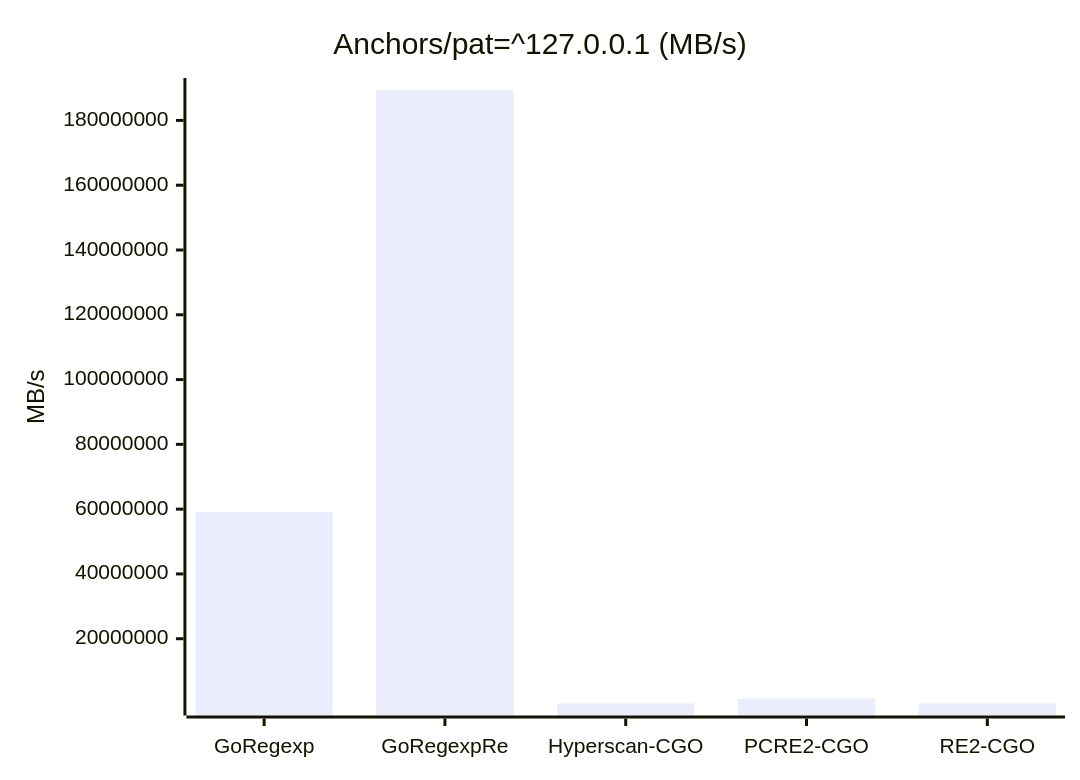
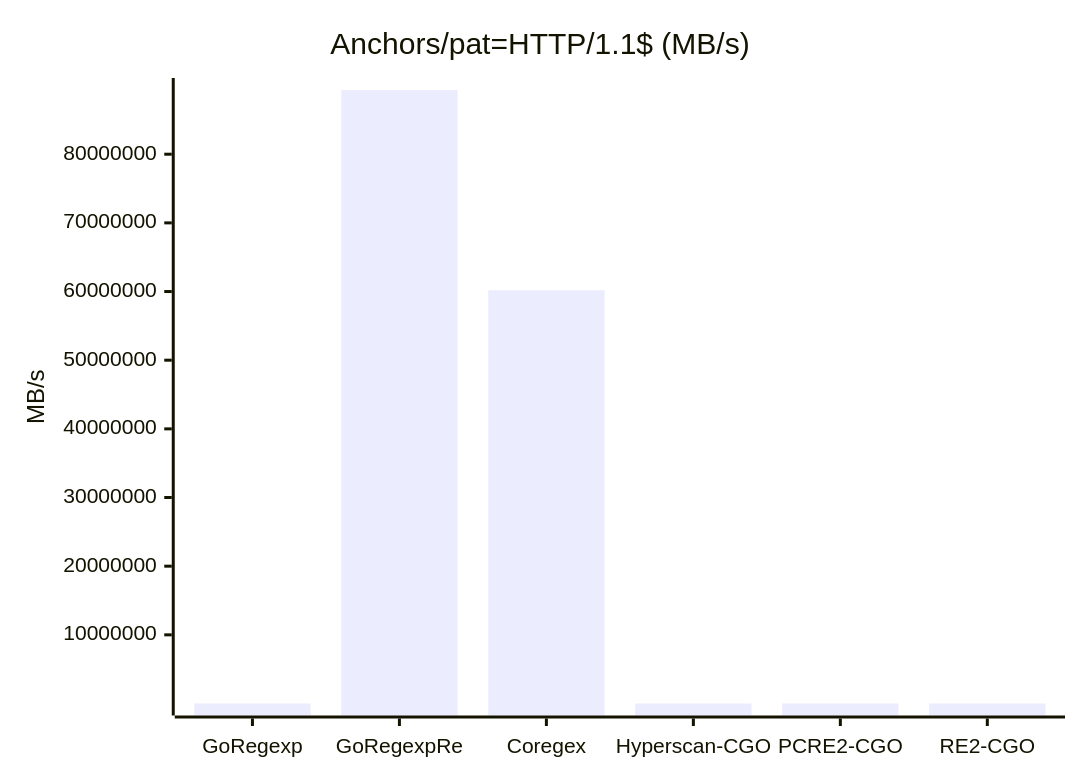
Before and after one commit to kamichidu/go-regexp-re: the third of 47 diagrams in _benchmark_results/cgo_engines.md, drawn with Mermaid. The commit also changed other lines of this file and 3 other files, not shown here.

````diff
--- a/_benchmark_results/cgo_engines.md
+++ b/_benchmark_results/cgo_engines.md
@@ -72,7 +124,7 @@
 ```mermaid
 xychart-beta
-    title "Anchors/pat=^127.0.0.1 (MB/s)"
-    x-axis ["GoRegexp", "GoRegexpRe", "Hyperscan-CGO", "PCRE2-CGO", "RE2-CGO"]
+    title "Anchors/pat=HTTP/1.1$ (MB/s)"
+    x-axis ["GoRegexp", "GoRegexpRe", "Coregex", "Hyperscan-CGO", "PCRE2-CGO", "RE2-CGO"]
     y-axis "MB/s"
-    bar [59225087.81, 189390821.29, 2666.54, 1440715.71, 5348.93]
+    bar [717.14, 89352090.70, 60188130.72, 2147.39, 2267.96, 5389.98]
 ```
````
